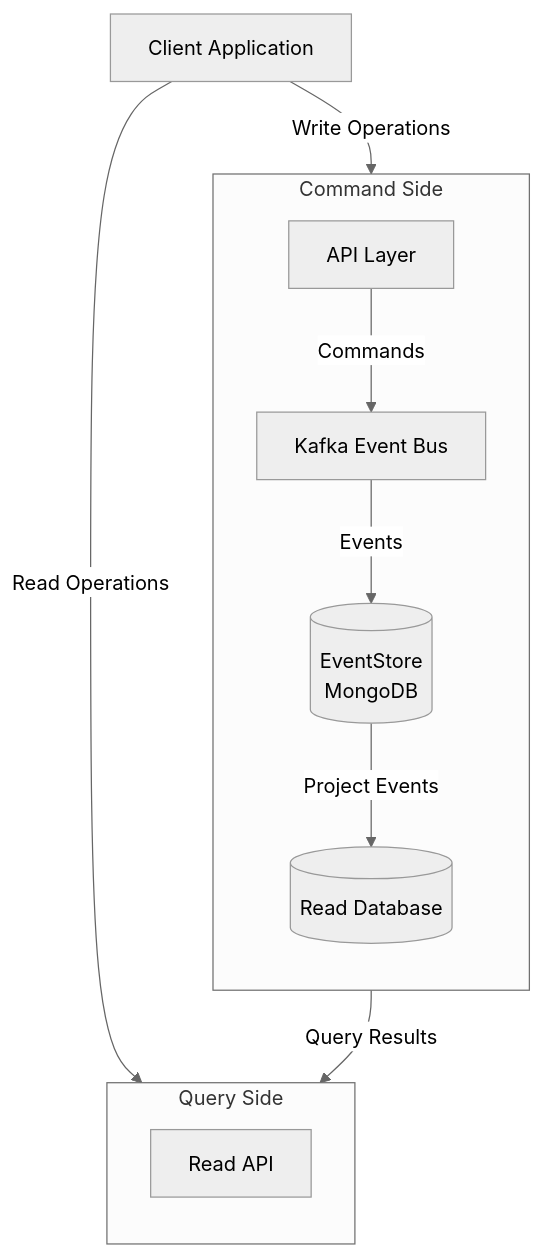
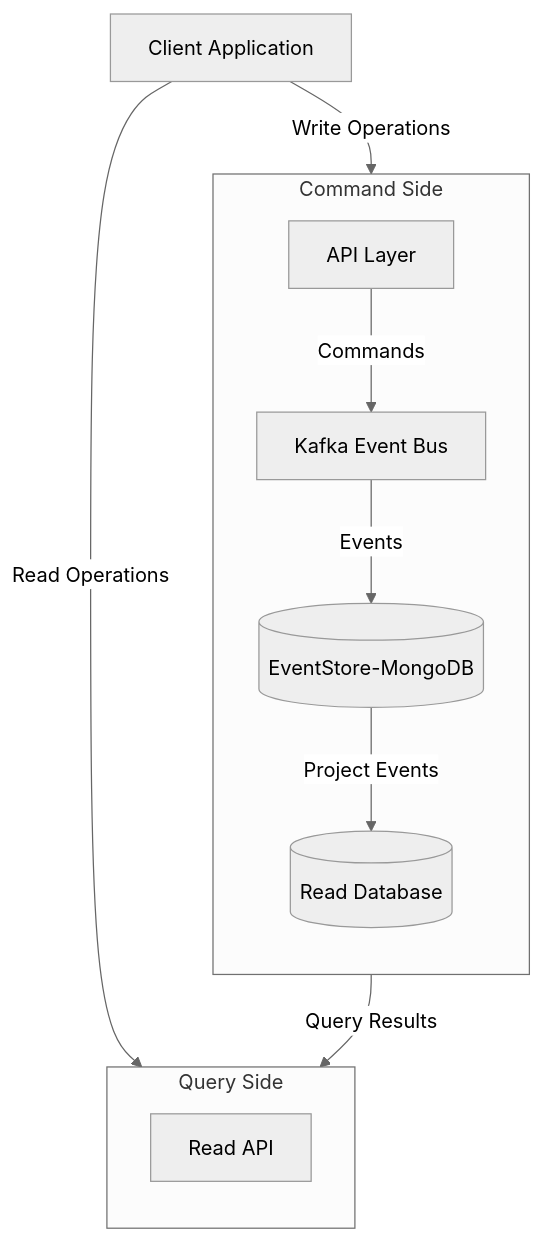
The diagram in test.md (staruser143/dash-app), drawn with Mermaid (neutral theme) before and after one commit.

````diff
--- a/test.md
+++ b/test.md
@@ -1,27 +1,27 @@
 ```mermaid
 flowchart TB
    Client[Client Application]
    API[API Layer]
    Kafka[Kafka Event Bus]
-   MongoDB[(EventStore\nMongoDB)]
+   MongoDB[(EventStore-MongoDB)]
    ReadDB[(Read Database)]
 
    subgraph Command Side
        direction TB
        API --> |Commands| Kafka
        Kafka--> |Events| MongoDB
        MongoDB-->|Project Events| ReadDB
    end
 
    subgraph Query Side
         direction TB
         ReadAPI[Read API]
         ReadDB-->|Query Results| ReadAPI
    end
 
    Client -->|Write Operations| API
    Client -->|Read Operations| ReadAPI
    
 
 
 ```
````
